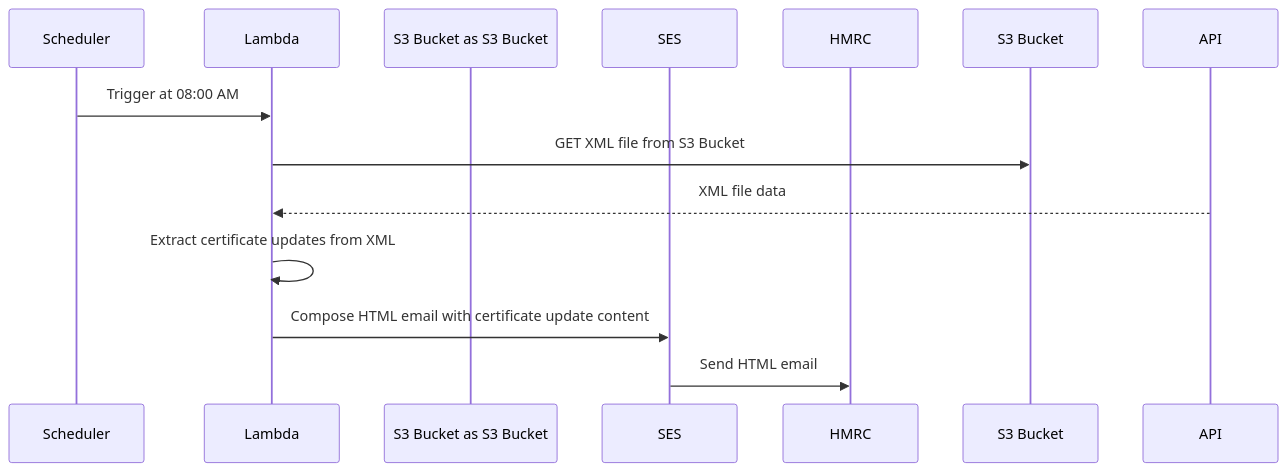
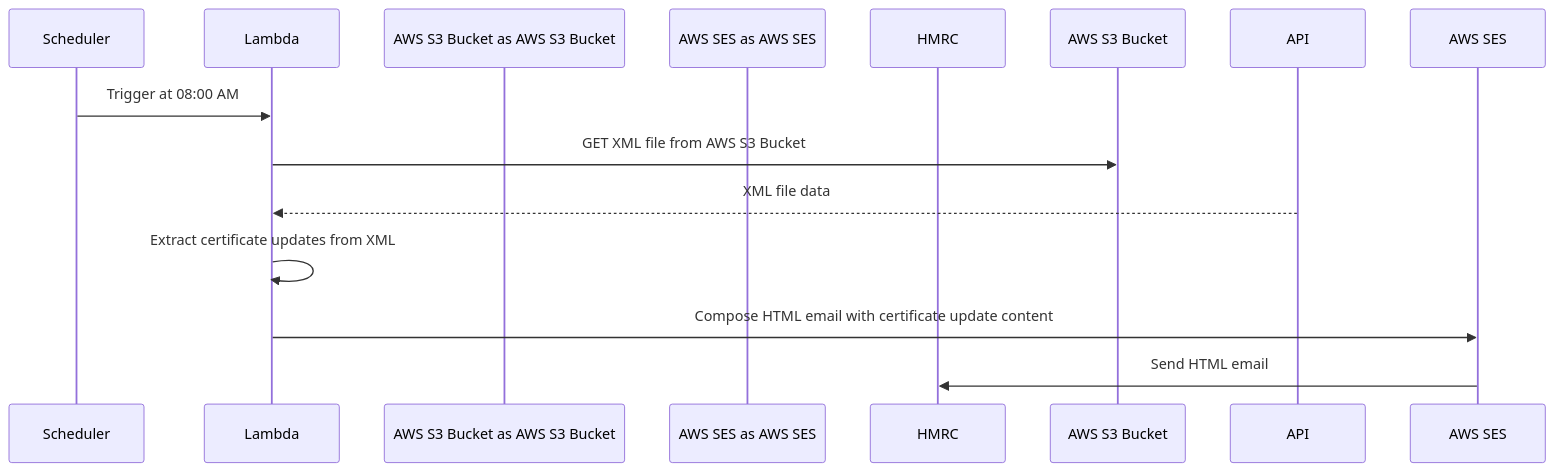
The diagram in README.md (trade-tariff/trade-tariff-lambdas-xi-certificate-update-mailer), drawn with Mermaid before and after one commit. The commit also changed other lines of this file and 1 other file, not shown here.

Commit message:
HOTT-3136: Code review

````diff
--- a/README.md
+++ b/README.md
@@ -5,15 +7,15 @@
 ```mermaid
 sequenceDiagram
     participant Scheduler as Scheduler
     participant Lambda as Lambda
-    participant S3 Bucket as S3 Bucket
-    participant SES as SES
+    participant AWS S3 Bucket as AWS S3 Bucket
+    participant AWS SES as AWS SES
     participant HMRC as HMRC
 
     Scheduler->>Lambda: Trigger at 08:00 AM
-    Lambda->>S3 Bucket: GET XML file from S3 Bucket
+    Lambda->>AWS S3 Bucket: GET XML file from AWS S3 Bucket
     API-->>Lambda: XML file data
     Lambda->>Lambda: Extract certificate updates from XML
-    Lambda->>SES: Compose HTML email with certificate update content
-    SES->>HMRC: Send HTML email
+    Lambda->>AWS SES: Compose HTML email with certificate update content
+    AWS SES->>HMRC: Send HTML email
 ```
````
